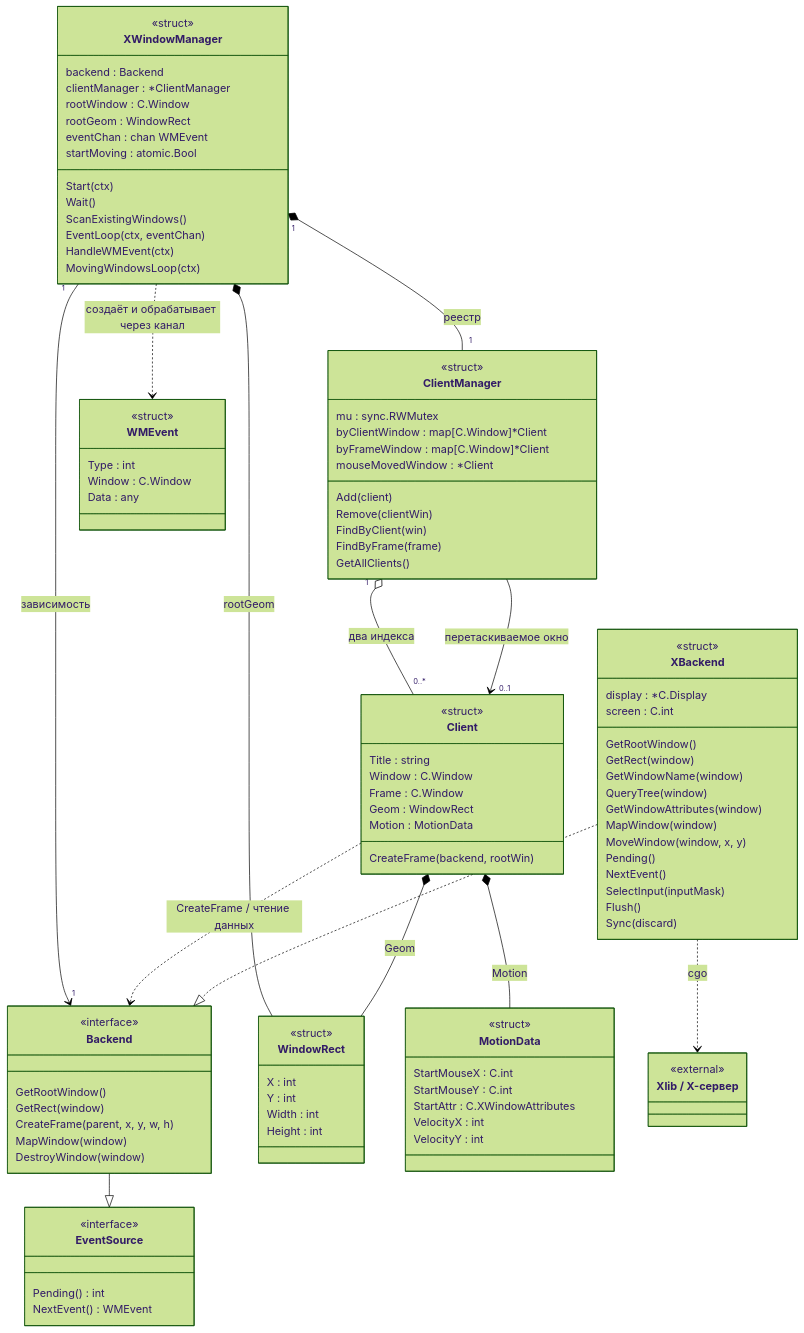
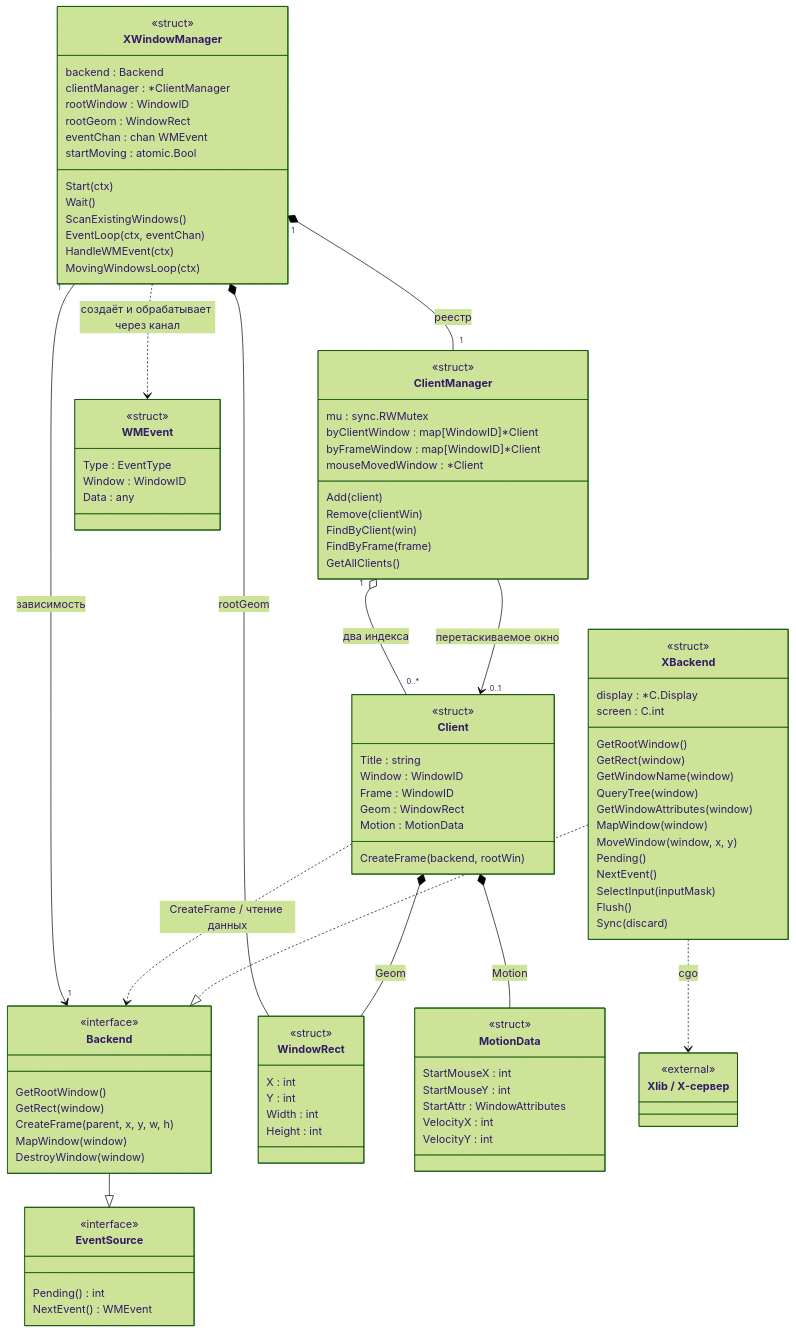
The diagram in README.md (ravenclawprog/gopherwm), drawn with Mermaid (forest theme) before and after one commit. The commit also changed other lines of this file and 12 other files, not shown here.

```diff
--- a/README.md
+++ b/README.md
@@ -96,7 +96,7 @@
         <<struct>>
         backend : Backend
         clientManager : *ClientManager
-        rootWindow : C.Window
+        rootWindow : WindowID
         rootGeom : WindowRect
         eventChan : chan WMEvent
         startMoving : atomic.Bool
@@ -144,8 +144,8 @@
     class ClientManager {
         <<struct>>
         mu : sync.RWMutex
-        byClientWindow : map[C.Window]*Client
-        byFrameWindow : map[C.Window]*Client
+        byClientWindow : map[WindowID]*Client
+        byFrameWindow : map[WindowID]*Client
         mouseMovedWindow : *Client
         Add(client)
         Remove(clientWin)
@@ -157,8 +157,8 @@
     class Client {
         <<struct>>
         Title : string
-        Window : C.Window
-        Frame : C.Window
+        Window : WindowID
+        Frame : WindowID
         Geom : WindowRect
         Motion : MotionData
         CreateFrame(backend, rootWin)
@@ -174,17 +174,17 @@
 
     class MotionData {
         <<struct>>
-        StartMouseX : C.int
-        StartMouseY : C.int
-        StartAttr : C.XWindowAttributes
+        StartMouseX : int
+        StartMouseY : int
+        StartAttr : WindowAttributes
         VelocityX : int
         VelocityY : int
     }
 
     class WMEvent {
         <<struct>>
-        Type : int
-        Window : C.Window
+        Type : EventType
+        Window : WindowID
         Data : any
     }
 
```
